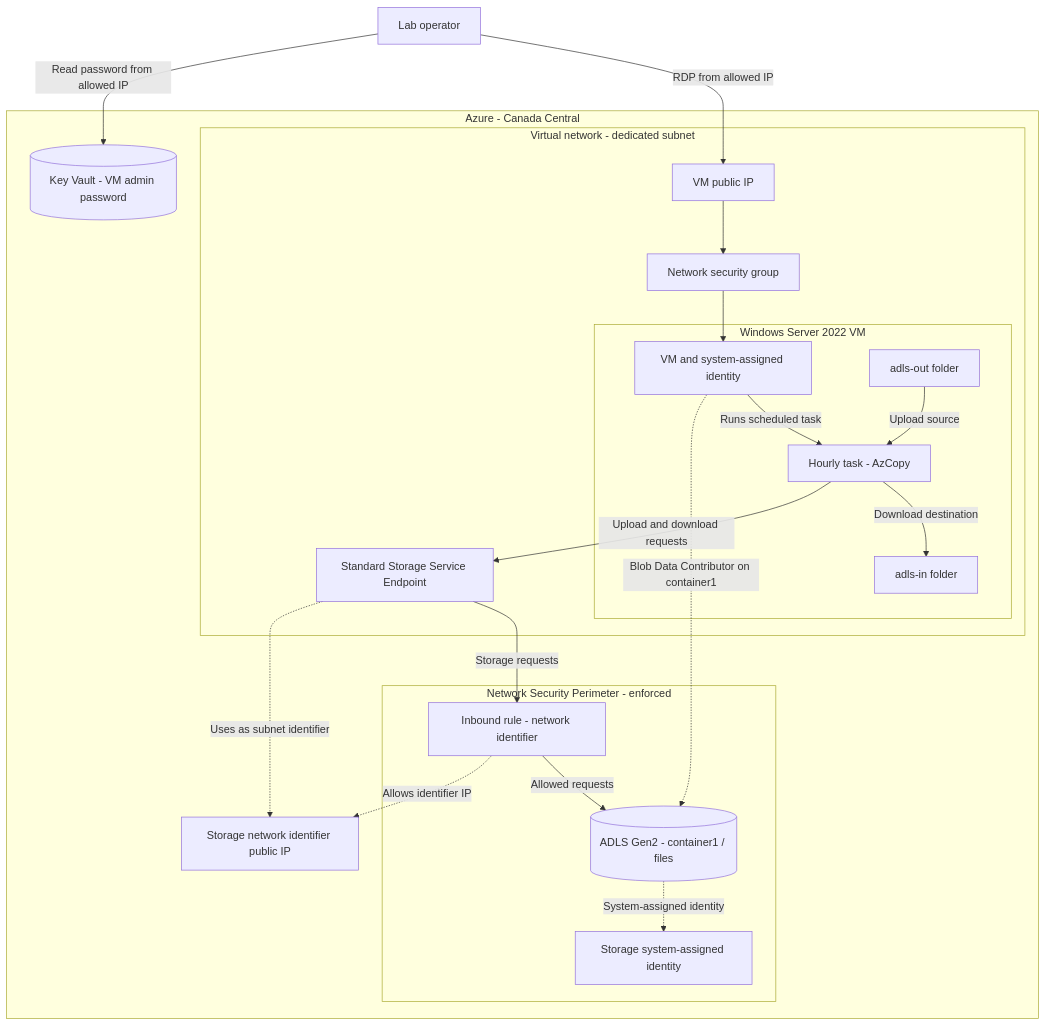
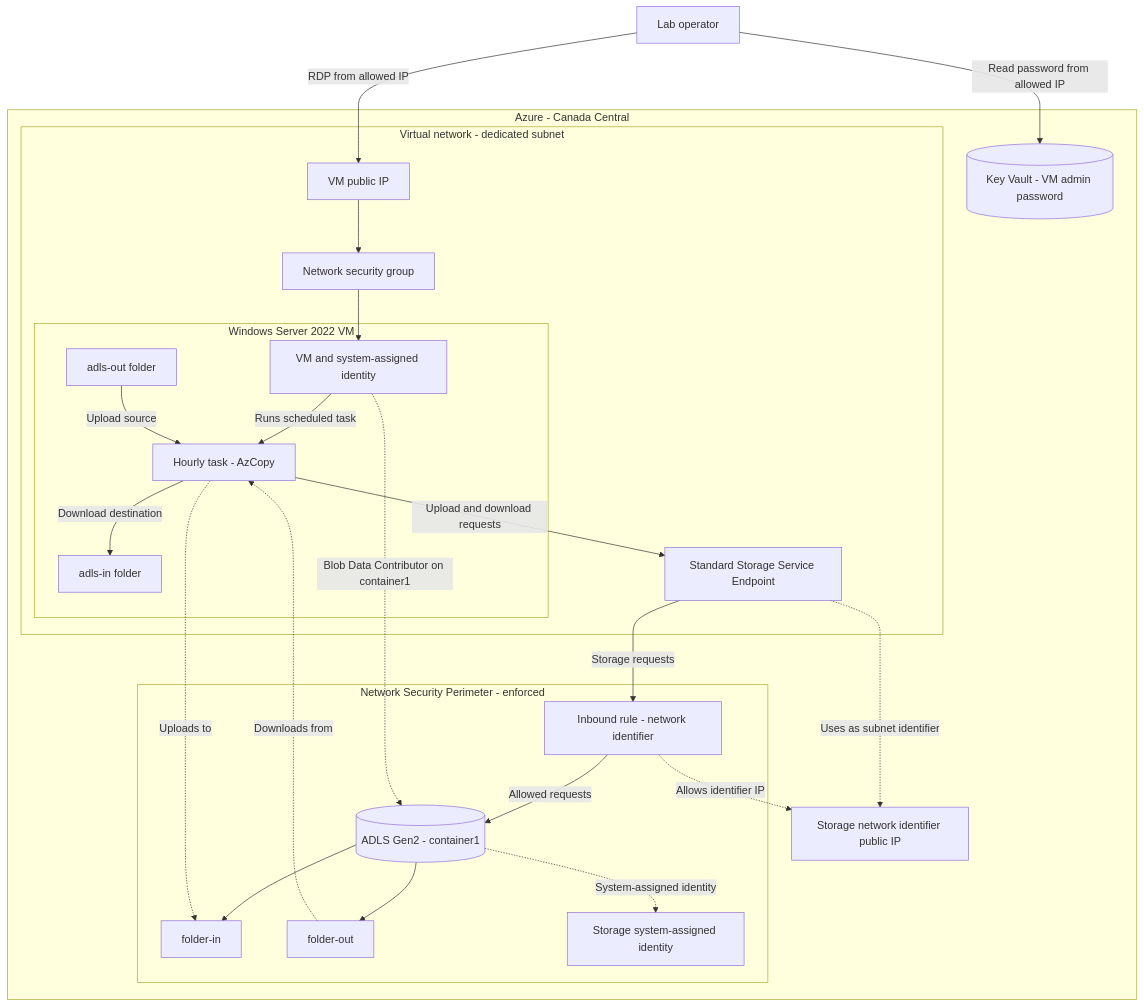
One commit to xelizondo/Shell-Power changed the diagram in Az-Compute/Blob-Windows/README.md. Above: the diagram before and after it, drawn with Mermaid. The commit also changed other lines of this file and 4 other files, not shown here.

````diff
--- a/Az-Compute/Blob-Windows/README.md
+++ b/Az-Compute/Blob-Windows/README.md
@@ -10,42 +10,48 @@
 ```mermaid
 flowchart TD
     Operator["Lab operator"]
 
     subgraph Canada["Azure - Canada Central"]
         Vault[("Key Vault - VM admin password")]
         Identifier["Storage network identifier public IP"]
 
         subgraph Network["Virtual network - dedicated subnet"]
             PublicIP["VM public IP"]
             NSG["Network security group"]
             Endpoint["Standard Storage Service Endpoint"]
 
             subgraph Server["Windows Server 2022 VM"]
                 VM["VM and system-assigned identity"]
                 Out["adls-out folder"]
                 Task["Hourly task - AzCopy"]
                 In["adls-in folder"]
             end
         end
 
         subgraph Perimeter["Network Security Perimeter - enforced"]
             Rule["Inbound rule - network identifier"]
-            Storage[("ADLS Gen2 - container1 / files")]
+            Storage[("ADLS Gen2 - container1")]
+            FolderIn["folder-in"]
+            FolderOut["folder-out"]
             StorageIdentity["Storage system-assigned identity"]
         end
     end
 
     Operator -->|"RDP from allowed IP"| PublicIP
     PublicIP --> NSG --> VM
     Operator -->|"Read password from allowed IP"| Vault
     VM -->|"Runs scheduled task"| Task
     Out -->|"Upload source"| Task
     Task -->|"Download destination"| In
     Task -->|"Upload and download requests"| Endpoint
     Endpoint -->|"Storage requests"| Rule
     Rule -->|"Allowed requests"| Storage
+    Storage --> FolderIn
+    Storage --> FolderOut
+    Task -.->|"Uploads to"| FolderIn
+    FolderOut -.->|"Downloads from"| Task
     Endpoint -.->|"Uses as subnet identifier"| Identifier
     Rule -.->|"Allows identifier IP"| Identifier
     VM -.->|"Blob Data Contributor on container1"| Storage
     Storage -.->|"System-assigned identity"| StorageIdentity
 ```
````
